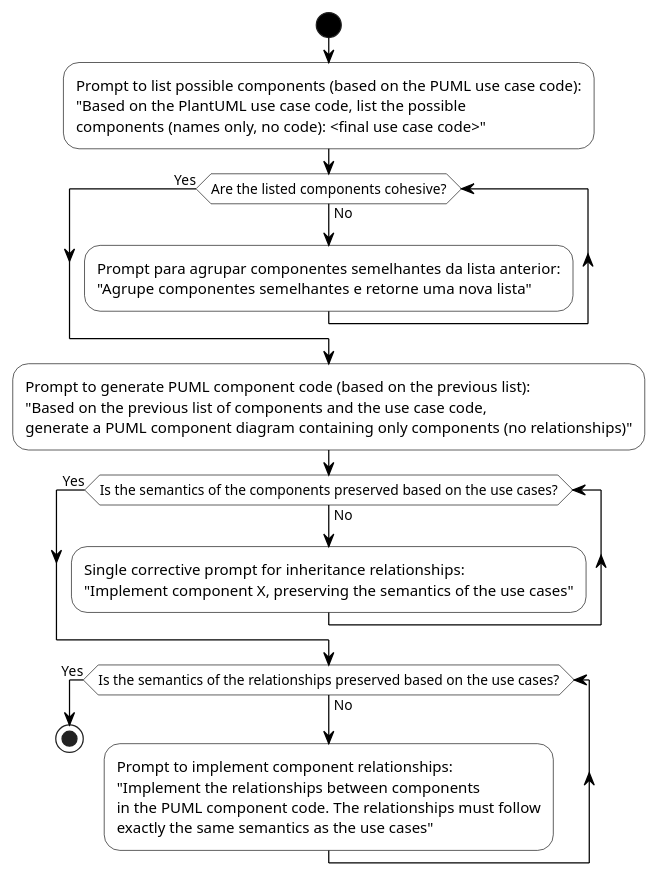
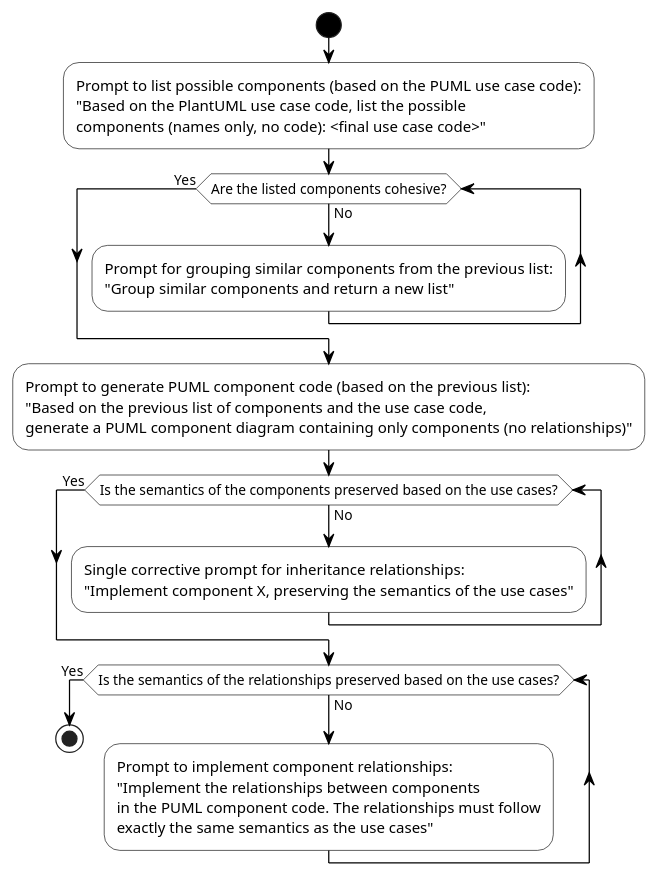
The diagram in DescricaoAtividadesRealizadas/FormalizacaoDiretrizes/diagAtividades-etapa3-componentes-en.puml (carloshenriquehannas/TCC), drawn with PlantUML before and after one commit. The commit also changed 7 other files, not shown here.

```diff
--- a/DescricaoAtividadesRealizadas/FormalizacaoDiretrizes/diagAtividades-etapa3-componentes-en.puml
+++ b/DescricaoAtividadesRealizadas/FormalizacaoDiretrizes/diagAtividades-etapa3-componentes-en.puml
@@ -1,39 +1,39 @@
 @startuml diagAtividades-etapa3-componentes-en
 
 skinparam linetype ortho
 skinparam shadowing false
 'skinparam monochrome true
 
 skinparam activity {
   BackgroundColor #FFFFFF                      
   BorderColor      #000000                     
   FontColor        #000000                     
 }
 
 skinparam ActivityStartColor #000000
 skinparam ActivityEndColor   #000000           
 skinparam ArrowColor         #000000  
 
 skinparam activityDiamondBackgroundColor #FFFFFF    
 skinparam activityDiamondBorderColor     #000000
 
 start
 
 :Prompt to list possible components (based on the PUML use case code):\n"Based on the PlantUML use case code, list the possible\ncomponents (names only, no code): <final use case code>";
 
 while(Are the listed components cohesive?) is (No)
-  :Prompt para agrupar componentes semelhantes da lista anterior:\n"Agrupe componentes semelhantes e retorne uma nova lista";
+  :Prompt for grouping similar components from the previous list:\n"Group similar components and return a new list";
 endwhile (Yes)
 
 :Prompt to generate PUML component code (based on the previous list):\n"Based on the previous list of components and the use case code,\ngenerate a PUML component diagram containing only components (no relationships)";
 
 while (Is the semantics of the components preserved based on the use cases?) is (No)
   :Single corrective prompt for inheritance relationships:\n"Implement component X, preserving the semantics of the use cases";
 endwhile (Yes)
 
 while (Is the semantics of the relationships preserved based on the use cases?) is (No)
   :Prompt to implement component relationships:\n"Implement the relationships between components\nin the PUML component code. The relationships must follow\nexactly the same semantics as the use cases";
 endwhile (Yes)
 
 stop
 @enduml
```
